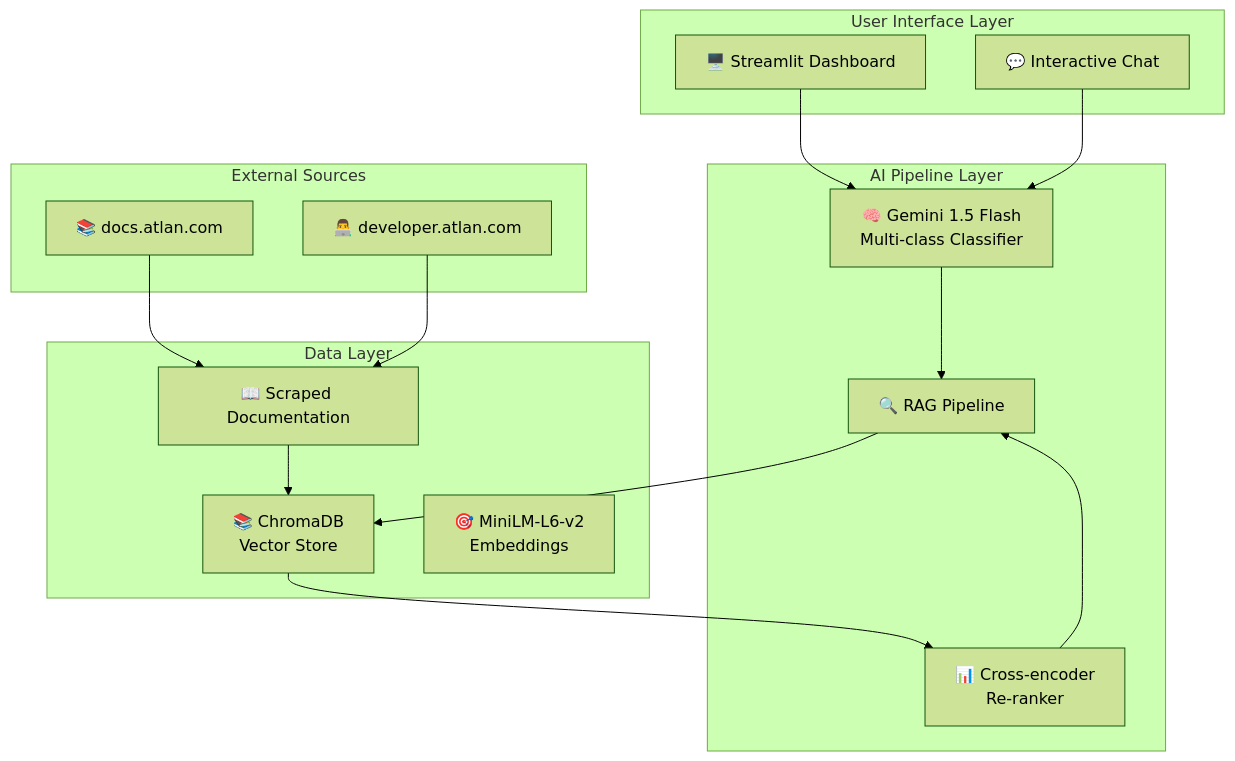
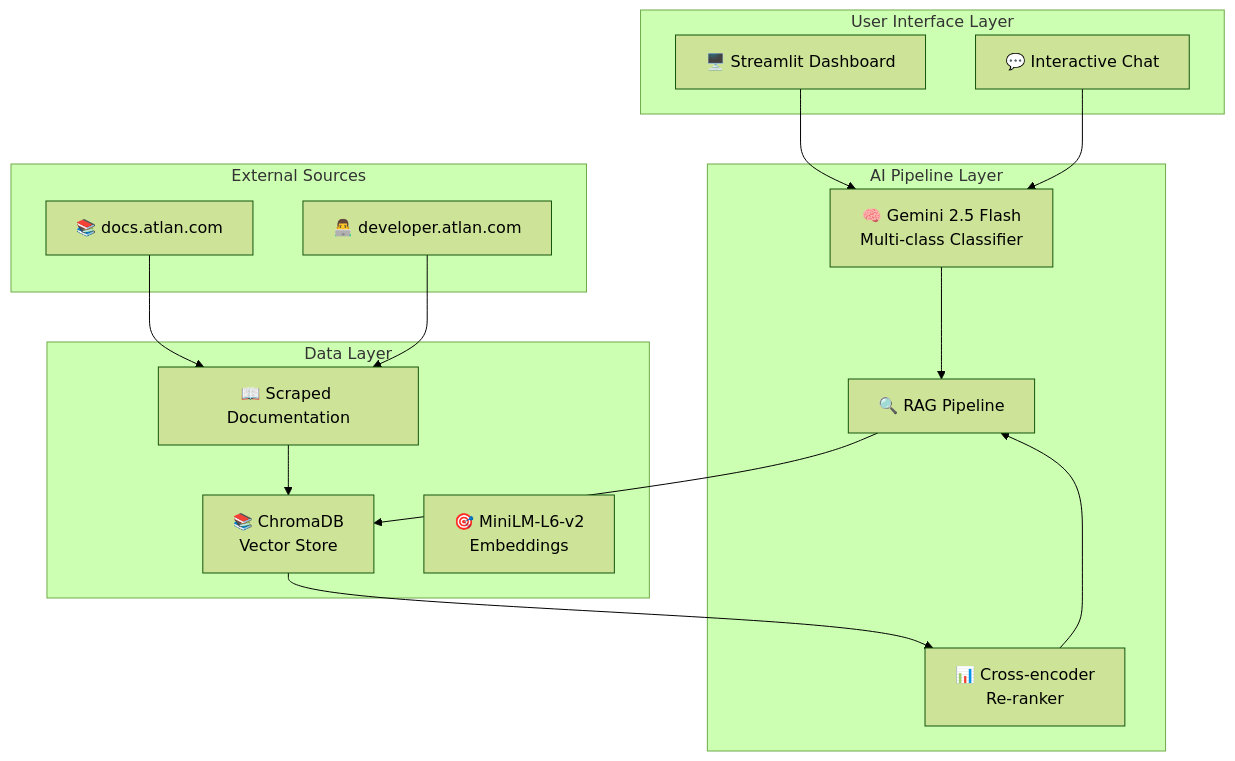
One commit to Sahil1694/Customer-Support-copilot-Atlan changed the diagram in README.md. Above: the diagram before and after it, drawn with Mermaid (forest theme).

Commit message:
Update classifier version in README

````diff
--- a/README.md
+++ b/README.md
@@ -70,34 +70,34 @@
 ```mermaid
 graph TB
     subgraph "User Interface Layer"
         UI[🖥️ Streamlit Dashboard]
         Chat[💬 Interactive Chat]
     end
     
     subgraph "AI Pipeline Layer"
-        Classifier[🧠 Gemini 1.5 Flash<br/>Multi-class Classifier]
+        Classifier[🧠 Gemini 2.5 Flash<br/>Multi-class Classifier]
         RAG[🔍 RAG Pipeline]
         Reranker[📊 Cross-encoder<br/>Re-ranker]
     end
     
     subgraph "Data Layer"
         VectorDB[📚 ChromaDB<br/>Vector Store]
         Embeddings[🎯 MiniLM-L6-v2<br/>Embeddings]
         Knowledge[📖 Scraped Documentation]
     end
     
     subgraph "External Sources"
         AtlanDocs[📚 docs.atlan.com]
         DevHub[👨‍💻 developer.atlan.com]
     end
     
     UI --> Classifier
     Chat --> Classifier
     Classifier --> RAG
     RAG --> VectorDB
     VectorDB --> Reranker
     Reranker --> RAG
     Knowledge --> VectorDB
     AtlanDocs --> Knowledge
     DevHub --> Knowledge
 ```
````
